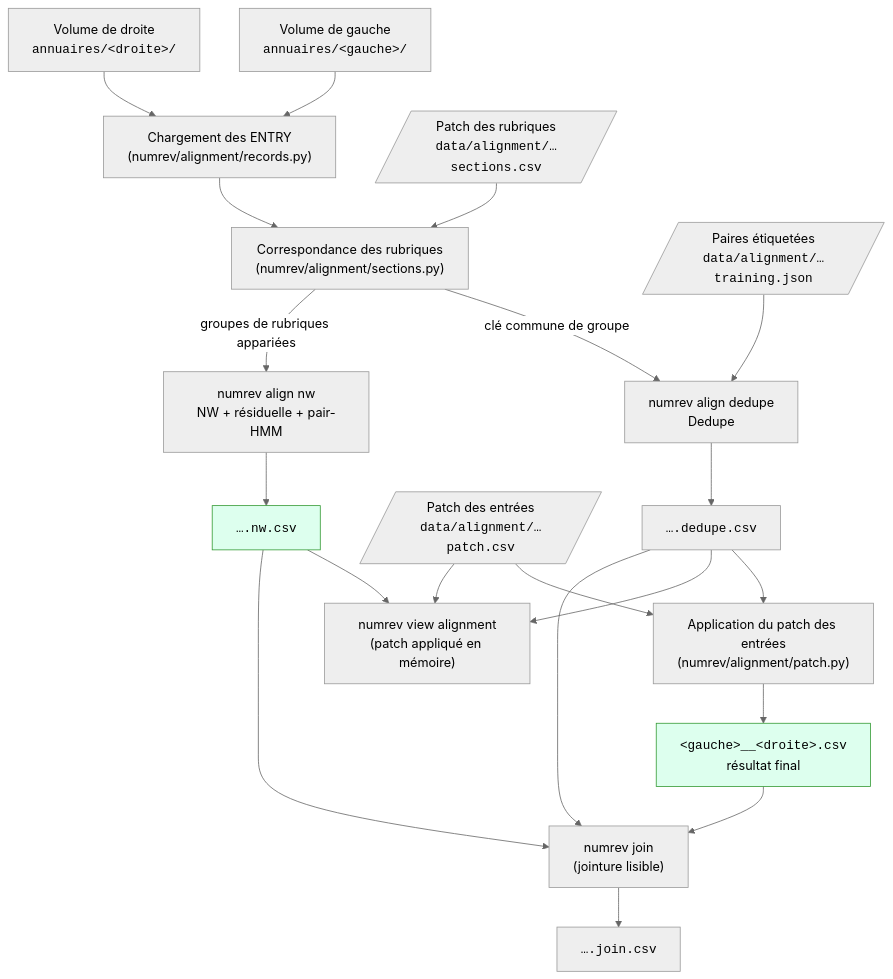
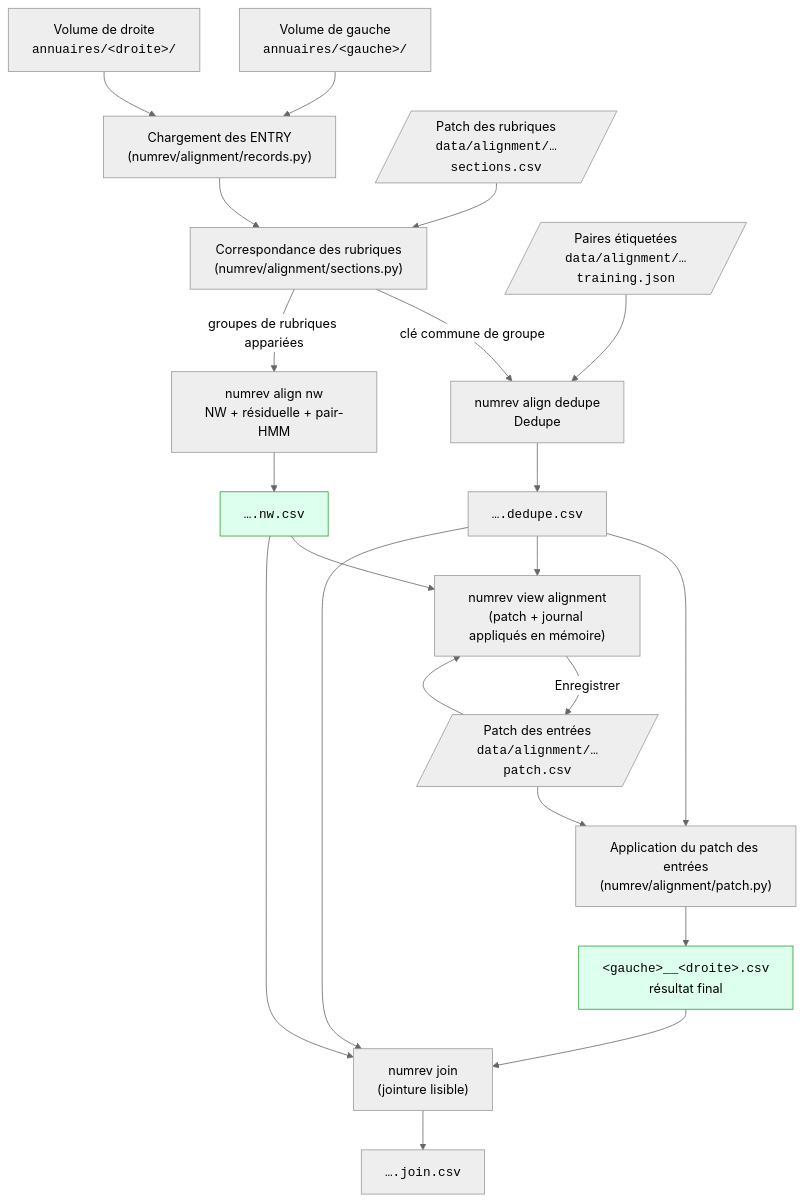
The fourth of 4 diagrams in docs/pipeline.md (HueyNemud/adresses_revolutionnaires), drawn with Mermaid (neutral theme) before and after one commit. The commit also changed other lines of this file and 4 other files, not shown here.

````diff
--- a/docs/pipeline.md
+++ b/docs/pipeline.md
@@ -508,26 +509,27 @@
 ```mermaid
 flowchart TD
     L["Volume de gauche<br/><code>annuaires/&lt;gauche&gt;/</code>"] --> R
     Rt["Volume de droite<br/><code>annuaires/&lt;droite&gt;/</code>"] --> R
     R["Chargement des ENTRY<br/>(numrev/alignment/records.py)"] --> S
     SP[/"Patch des rubriques<br/><code>data/alignment/…sections.csv</code>"/] --> S
     S["Correspondance des rubriques<br/>(numrev/alignment/sections.py)"]
     S -->|"clé commune de groupe"| D["numrev align dedupe<br/>Dedupe"]
     TJ[/"Paires étiquetées<br/><code>data/alignment/…training.json</code>"/] --> D
     D --> DC["<code>….dedupe.csv</code>"]
     DC --> AP["Application du patch des entrées<br/>(numrev/alignment/patch.py)"]
     EP[/"Patch des entrées<br/><code>data/alignment/…patch.csv</code>"/] --> AP
     AP --> F["<code>&lt;gauche&gt;__&lt;droite&gt;.csv</code><br/>résultat final"]
     S -->|"groupes de rubriques appariées"| N["numrev align nw<br/>NW + résiduelle + pair-HMM"]
     N --> NC["<code>….nw.csv</code>"]
-    DC --> V["numrev view alignment<br/>(patch appliqué en mémoire)"]
+    DC --> V["numrev view alignment<br/>(patch + journal appliqués en mémoire)"]
     NC --> V
     EP --> V
+    V -->|"Enregistrer"| EP
     DC --> X["numrev join<br/>(jointure lisible)"]
     NC --> X
     F --> X
     X --> XC["<code>….join.csv</code>"]
 
     style F fill:#dfe,stroke:#393
     style NC fill:#dfe,stroke:#393
 ```
````
